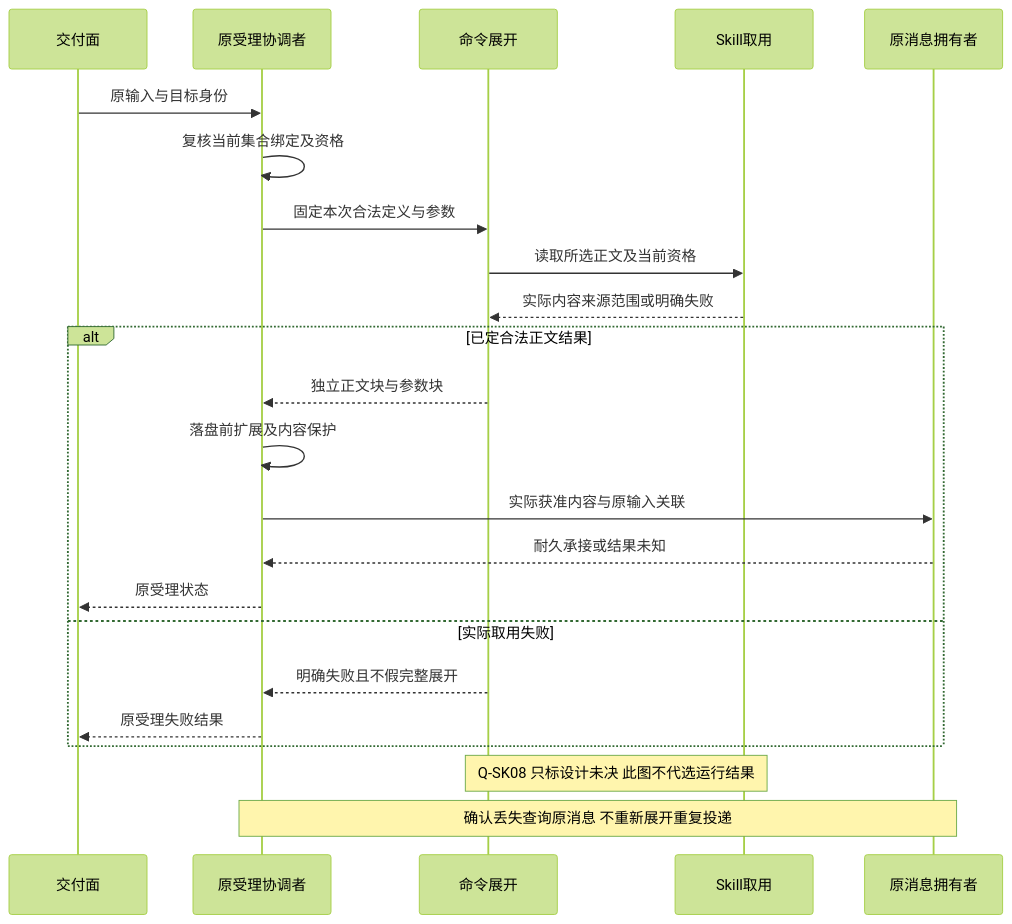
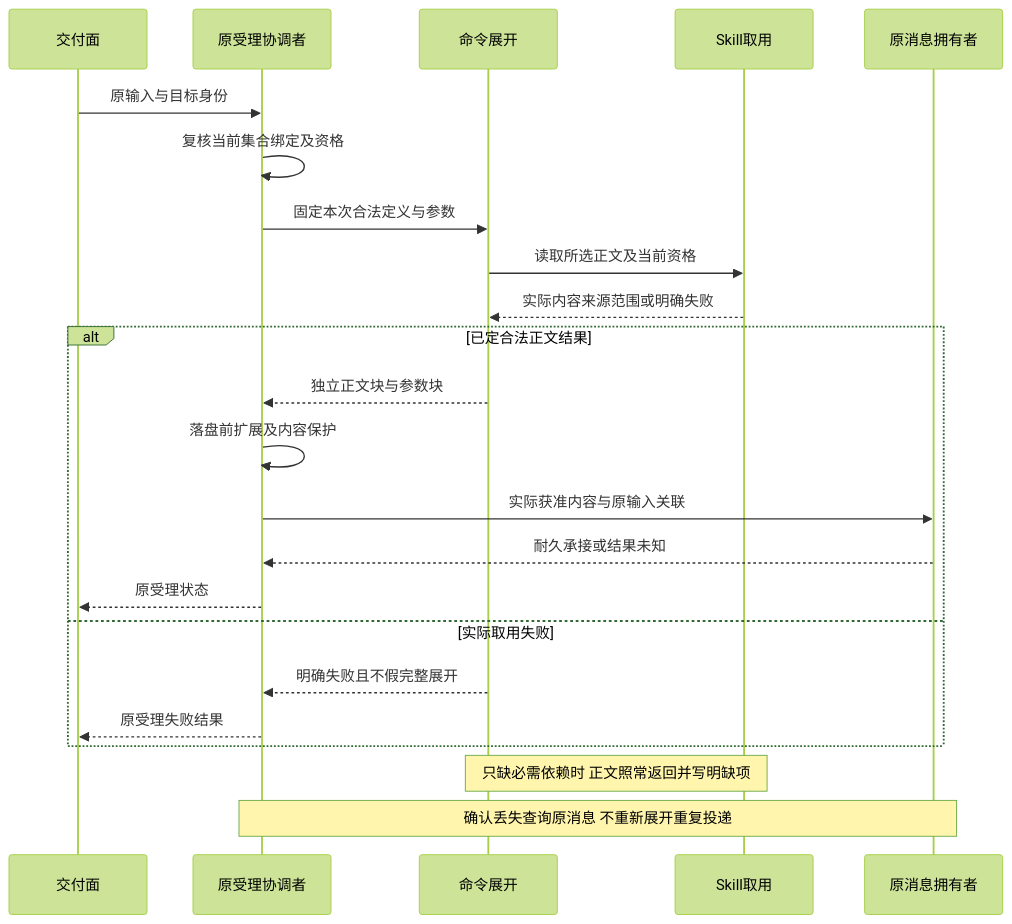
Before and after one commit to nemori-ai/omne-harness-lite: the second of 2 diagrams in docs/domains/slash-commands/key-flows.md, drawn with Mermaid (forest theme). The commit also changed other lines of this file and 70 other files, not shown here.

````diff
--- a/docs/domains/slash-commands/key-flows.md
+++ b/docs/domains/slash-commands/key-flows.md
@@ -34,25 +34,25 @@
 ```mermaid
 sequenceDiagram
     participant D as 交付面
     participant I as 原受理协调者
     participant C as 命令展开
     participant K as Skill取用
     participant M as 原消息拥有者
     D->>I: 原输入与目标身份
     I->>I: 复核当前集合绑定及资格
     I->>C: 固定本次合法定义与参数
     C->>K: 读取所选正文及当前资格
     K-->>C: 实际内容来源范围或明确失败
     alt 已定合法正文结果
         C-->>I: 独立正文块与参数块
         I->>I: 落盘前扩展及内容保护
         I->>M: 实际获准内容与原输入关联
         M-->>I: 耐久承接或结果未知
         I-->>D: 原受理状态
     else 实际取用失败
         C-->>I: 明确失败且不假完整展开
         I-->>D: 原受理失败结果
     end
-    Note over C,K: Q-SK08 只标设计未决 此图不代选运行结果
+    Note over C,K: 只缺必需依赖时 正文照常返回并写明缺项
     Note over I,M: 确认丢失查询原消息 不重新展开重复投递
 ```
````
